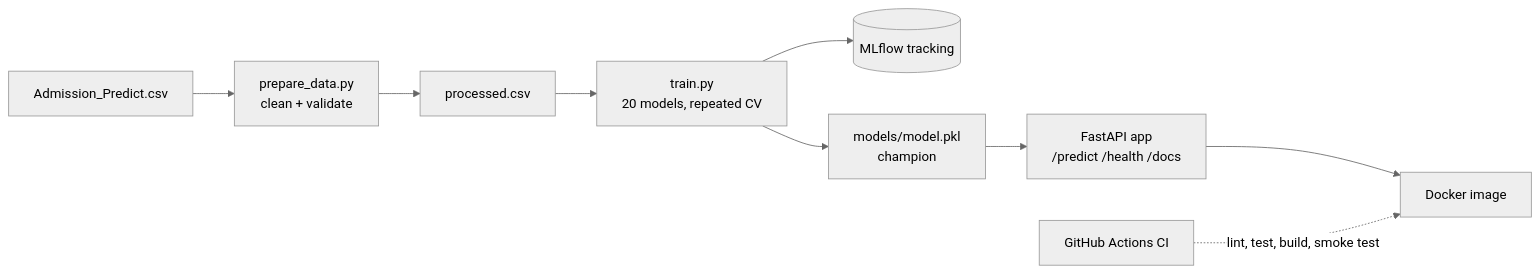
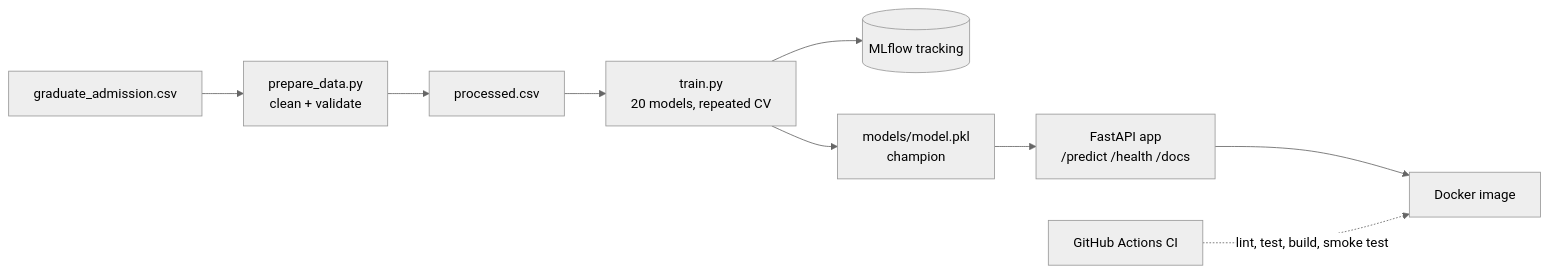
One commit to aleshbathegreat/mlops_project changed the diagram in README.md. Above: the diagram before and after it, drawn with Mermaid (neutral theme). The commit also changed other lines of this file, not shown here.

````diff
--- a/README.md
+++ b/README.md
@@ -12,11 +12,11 @@
 ```mermaid
 flowchart LR
-    A[Admission_Predict.csv] --> B[prepare_data.py<br/>clean + validate]
+    A[graduate_admission.csv] --> B[prepare_data.py<br/>clean + validate]
     B --> C[processed.csv]
     C --> D[train.py<br/>20 models, repeated CV]
     D --> E[(MLflow tracking)]
     D --> F[models/model.pkl<br/>champion]
     F --> G[FastAPI app<br/>/predict /health /docs]
     G --> H[Docker image]
     I[GitHub Actions CI] -. lint, test, build, smoke test .-> H
 ```
````
